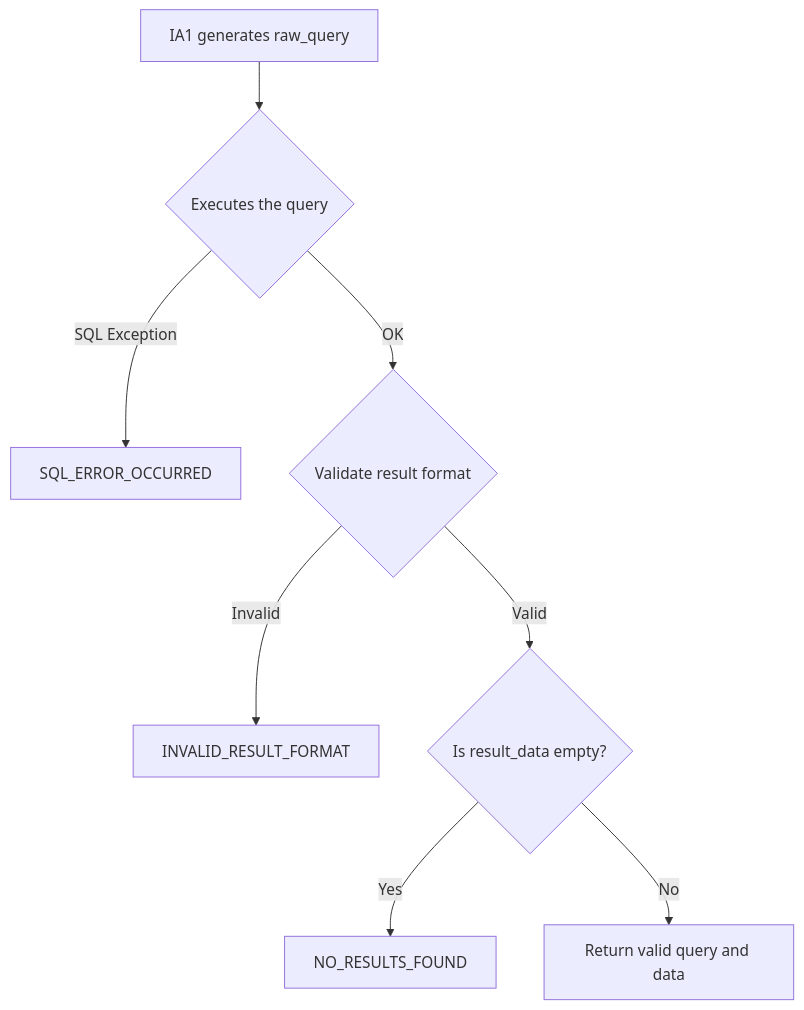
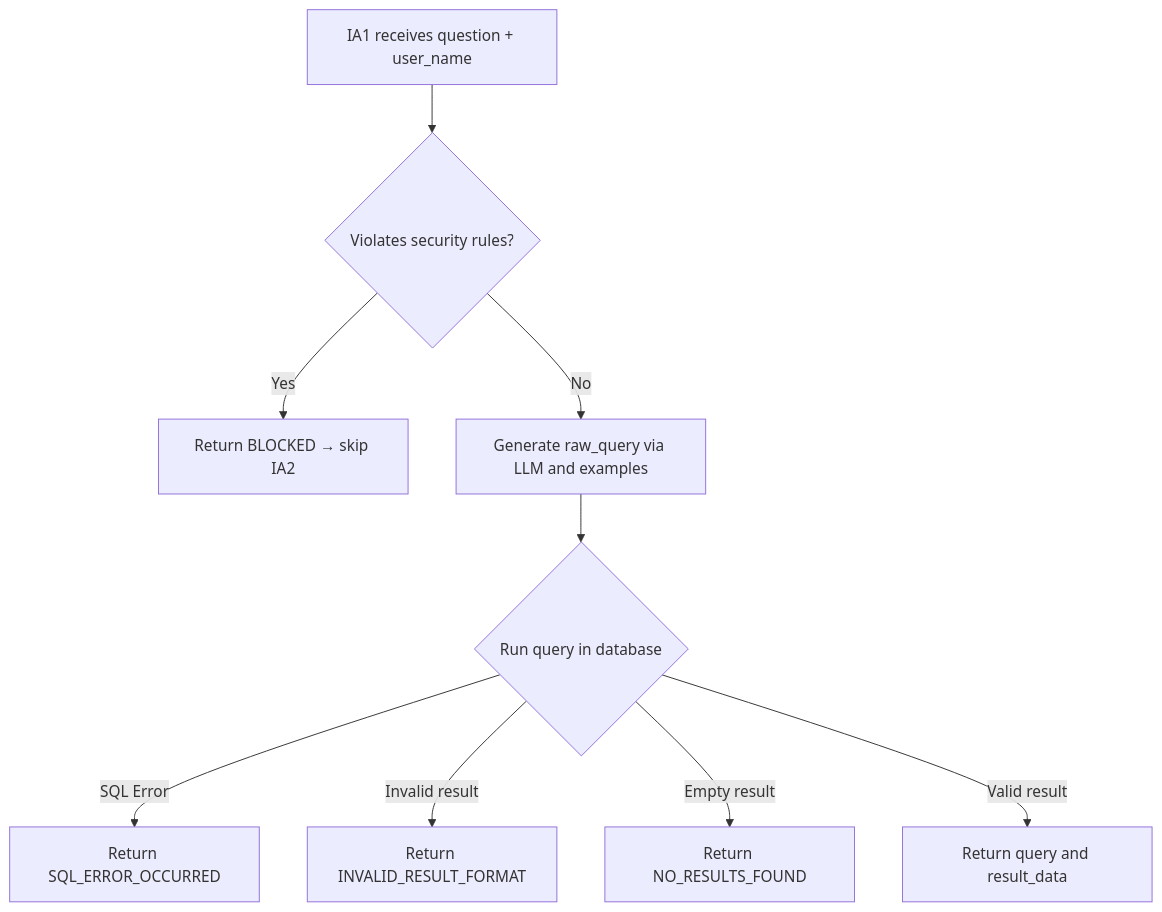
The second of 5 diagrams in README.md (raphael-santosz/LangQueryGen), drawn with Mermaid before and after one commit. The commit also changed other lines of this file, not shown here.

````diff
--- a/README.md
+++ b/README.md
@@ -113,10 +123,11 @@
 ```mermaid
 flowchart TD
-    A[IA1 generates raw_query] --> B{Executes the query}
-    B -->|SQL Exception| C[SQL_ERROR_OCCURRED]
-    B -->|OK| D{Validate result format}
-    D -->|Invalid| E[INVALID_RESULT_FORMAT]
-    D -->|Valid| F{Is result_data empty?}
-    F -->|Yes| G[NO_RESULTS_FOUND]
-    F -->|No| H[Return valid query and data]
+    Start[IA1 receives question + user_name] --> Guard{Violates security rules?}
+    Guard -->|Yes| Blocked[Return BLOCKED → skip IA2]
+    Guard -->|No| GenQuery[Generate raw_query via LLM and examples] --> ExecQuery{Run query in database}
+
+    ExecQuery -->|SQL Error| SQL_ERROR[Return SQL_ERROR_OCCURRED]
+    ExecQuery -->|Invalid result| INVALID[Return INVALID_RESULT_FORMAT]
+    ExecQuery -->|Empty result| EMPTY[Return NO_RESULTS_FOUND]
+    ExecQuery -->|Valid result| SUCCESS[Return query and result_data]
 ```
````
